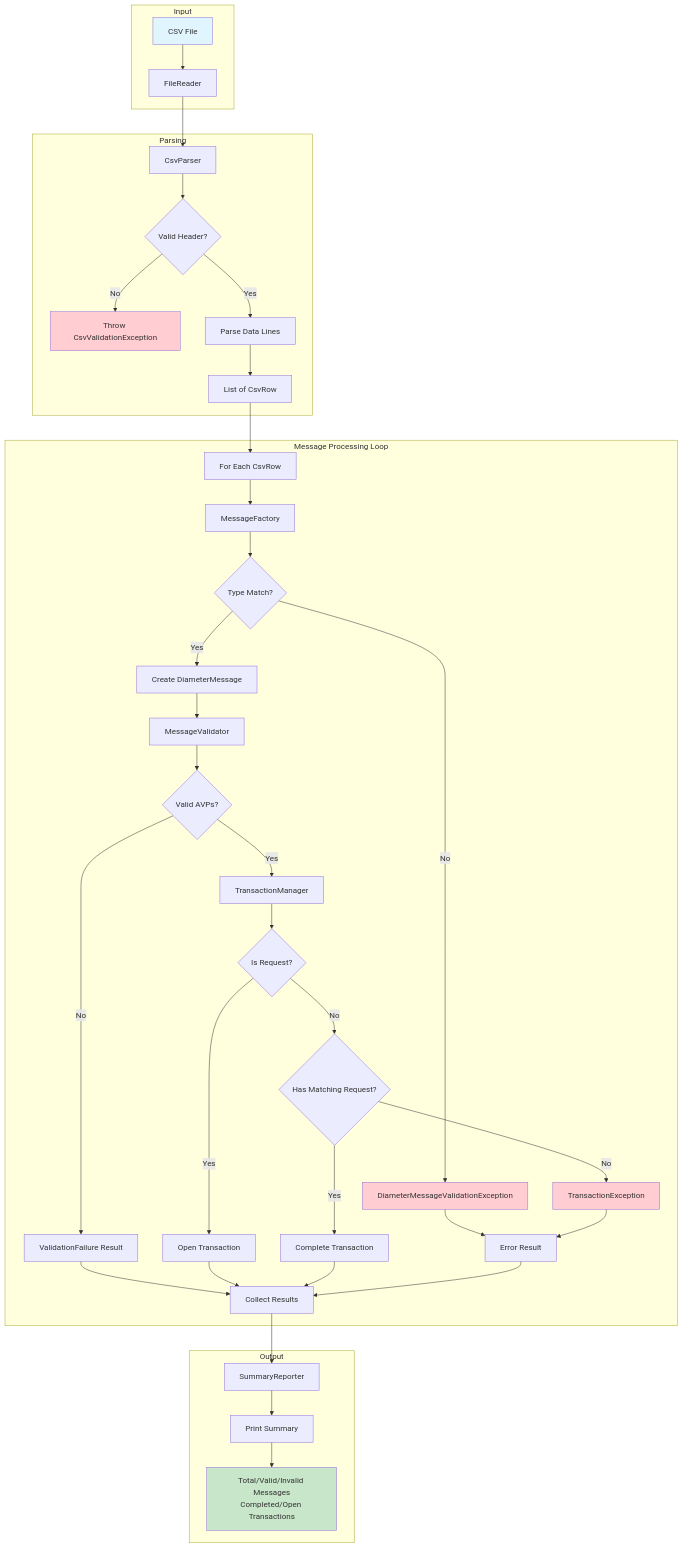
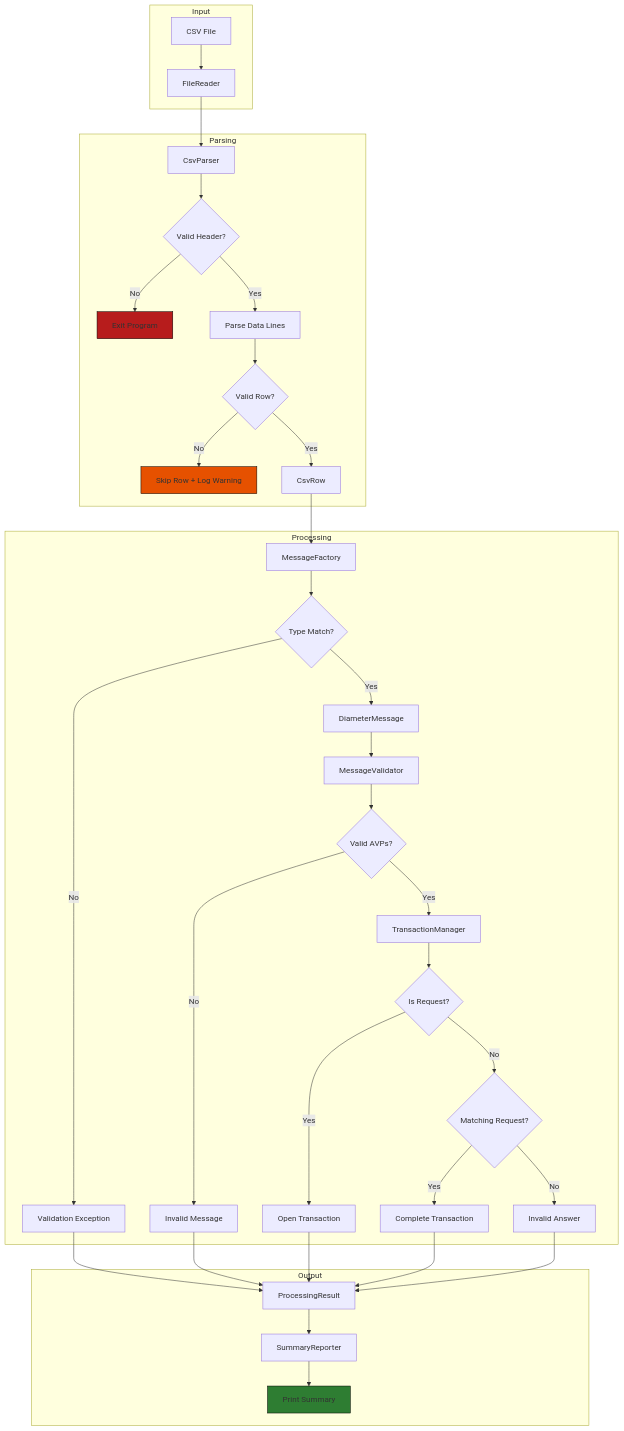
One commit to AlonBletter/diameter-s6a changed the third of 7 diagrams in docs/SYSTEM_DOCUMENTATION.md. Above: the diagram before and after it, drawn with Mermaid. The commit also changed other lines of this file and 1 other file, not shown here.

````diff
--- a/docs/SYSTEM_DOCUMENTATION.md
+++ b/docs/SYSTEM_DOCUMENTATION.md
@@ -325,50 +319,46 @@
 ```mermaid
 flowchart TB
     subgraph Input
         A[CSV File] --> B[FileReader]
     end
 
     subgraph Parsing
         B --> C[CsvParser]
         C --> D{Valid Header?}
-        D -->|No| E[Throw CsvValidationException]
+        D -->|No| E[Exit Program]
         D -->|Yes| F[Parse Data Lines]
-        F --> G[List of CsvRow]
+        F --> G{Valid Row?}
+        G -->|No| H[Skip Row + Log Warning]
+        G -->|Yes| I[CsvRow]
     end
 
-    subgraph Processing["Message Processing Loop"]
-        G --> H[For Each CsvRow]
-        H --> I[MessageFactory]
-        I --> J{Type Match?}
-        J -->|No| K[DiameterMessageValidationException]
-        J -->|Yes| L[Create DiameterMessage]
-        L --> M[MessageValidator]
-        M --> N{Valid AVPs?}
-        N -->|No| O[ValidationFailure Result]
-        N -->|Yes| P[TransactionManager]
-        P --> Q{Is Request?}
-        Q -->|Yes| R[Open Transaction]
-        Q -->|No| S{Has Matching Request?}
-        S -->|Yes| T[Complete Transaction]
-        S -->|No| U[TransactionException]
-        
-        K --> V[Error Result]
-        O --> W[Collect Results]
-        R --> W
-        T --> W
-        U --> V
-        V --> W
+    subgraph Processing
+        I --> J[MessageFactory]
+        J --> K{Type Match?}
+        K -->|No| L[Validation Exception]
+        K -->|Yes| M[DiameterMessage]
+        M --> N[MessageValidator]
+        N --> O{Valid AVPs?}
+        O -->|No| P[Invalid Message]
+        O -->|Yes| Q[TransactionManager]
+        Q --> R{Is Request?}
+        R -->|Yes| S[Open Transaction]
+        R -->|No| T{Matching Request?}
+        T -->|Yes| U[Complete Transaction]
+        T -->|No| V[Invalid Answer]
     end
 
     subgraph Output
+        L --> W[ProcessingResult]
+        P --> W
+        S --> W
+        U --> W
+        V --> W
         W --> X[SummaryReporter]
         X --> Y[Print Summary]
-        Y --> Z["Total/Valid/Invalid Messages<br>Completed/Open Transactions"]
     end
 
-    style A fill:#e1f5fe
-    style Z fill:#c8e6c9
-    style E fill:#ffcdd2
-    style K fill:#ffcdd2
-    style U fill:#ffcdd2
+   style E fill:#b71c1c,stroke:#000,stroke-width:1px   %% Dark red
+   style H fill:#e65100,stroke:#000,stroke-width:1px   %% Deep orange
+   style Y fill:#2e7d32,stroke:#000,stroke-width:1px   %% Dark green
 ```
````
